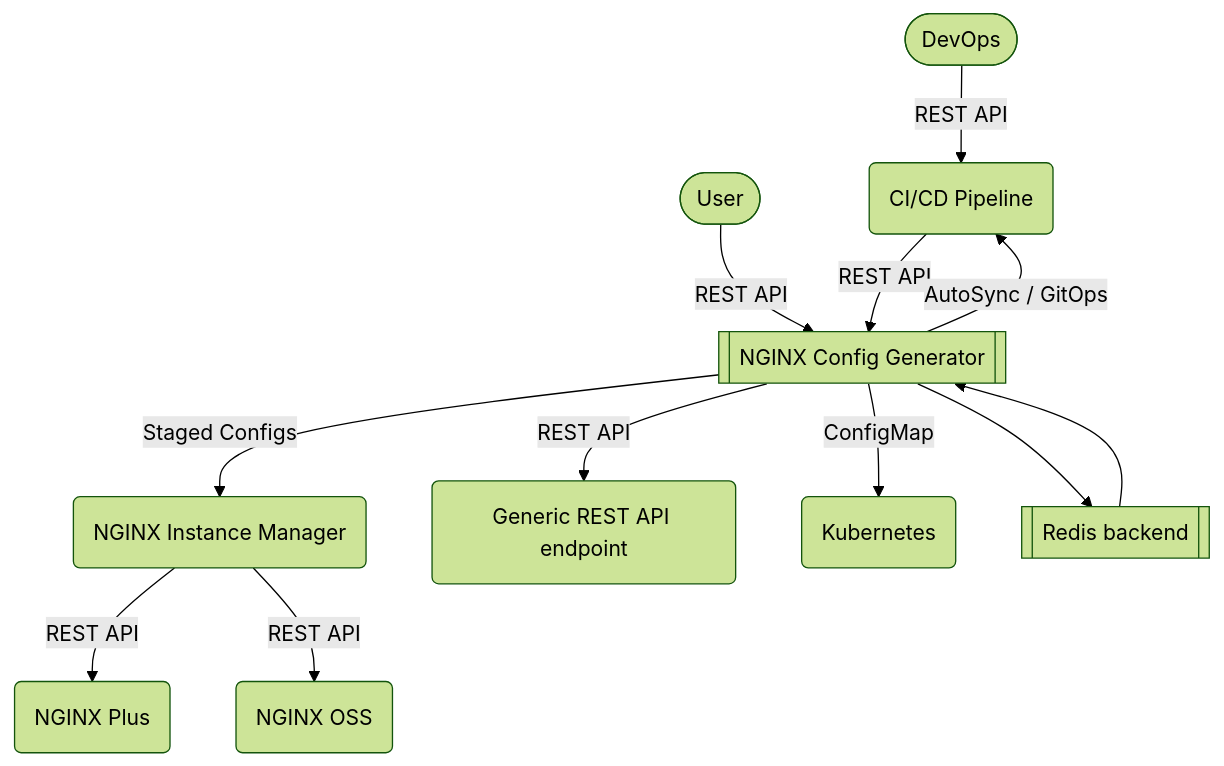
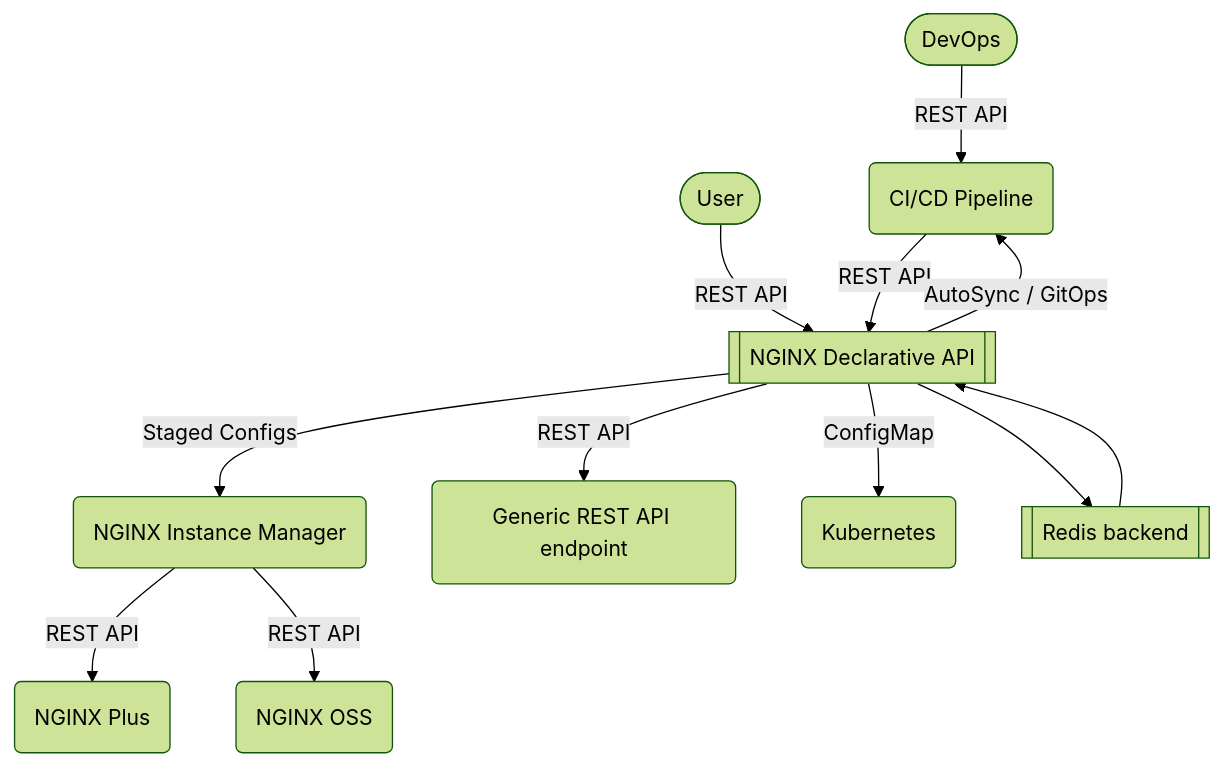
One commit to f5devcentral/NGINX-Declarative-API changed the first of 2 diagrams in README.md. Above: the diagram before and after it, drawn with Mermaid (forest theme). The commit also changed other lines of this file, not shown here.

````diff
--- a/README.md
+++ b/README.md
@@ -16,13 +16,13 @@
 ```mermaid
 graph TD
 DEVOPS([DevOps]) -- REST API --> CICD
 User([User]) -- REST API --> NCG
-CICD(CI/CD Pipeline) -- REST API --> NCG[[NGINX Config Generator]]
+CICD(CI/CD Pipeline) -- REST API --> NCG[[NGINX Declarative API]]
 NCG -- Staged Configs --> NIM(NGINX Instance Manager)
 NCG -- REST API --> Generic(Generic REST API endpoint)
 NCG -- AutoSync / GitOps --> CICD
 NIM -- REST API --> NGINX(NGINX Plus) & NGINXOSS(NGINX OSS)
 NCG -- ConfigMap --> K8S(Kubernetes)
 REDIS[[Redis backend]] --> NCG
 NCG --> REDIS
 ```
````
